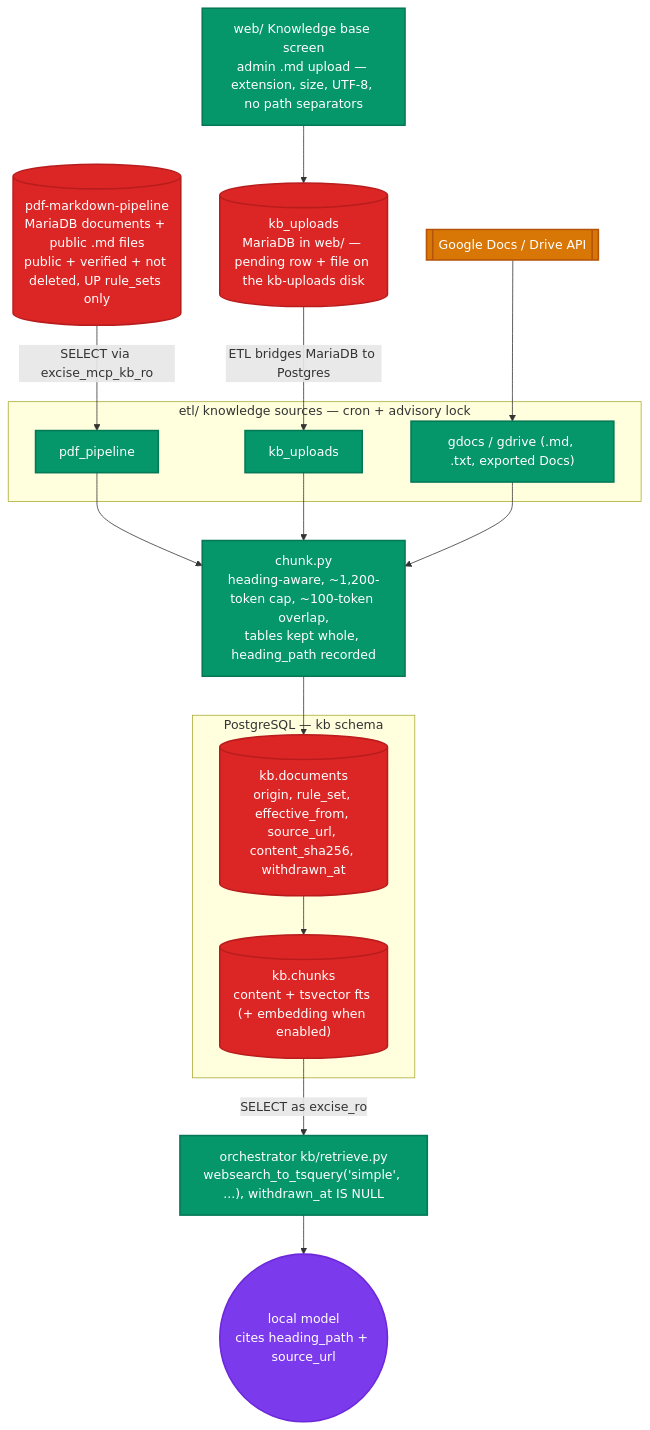
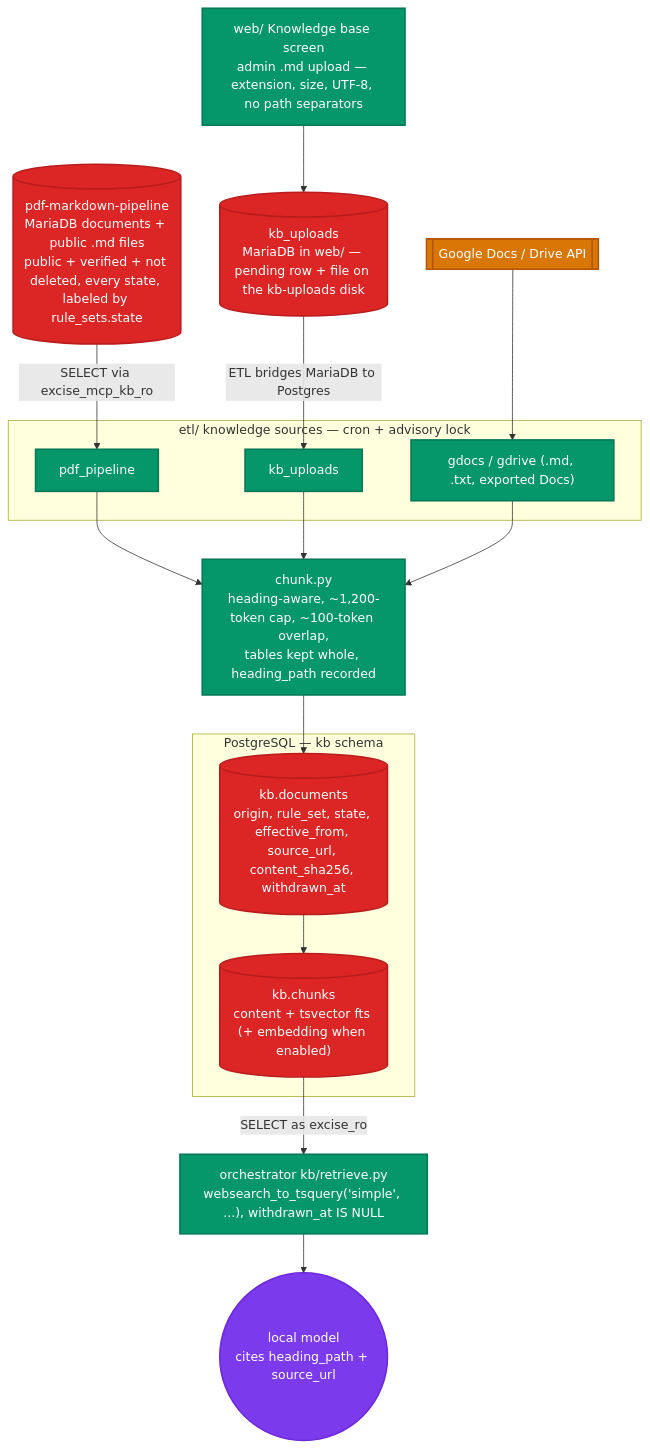
The second of 2 diagrams in DATA_PIPELINE.md (SubhanRaj/excise-mcp-dashboard), drawn with Mermaid before and after one commit. The commit also changed other lines of this file and 25 other files, not shown here.

````diff
--- a/DATA_PIPELINE.md
+++ b/DATA_PIPELINE.md
@@ -859,36 +885,36 @@
 ```mermaid
 flowchart TD
     classDef app fill:#059669,stroke:#047857,stroke-width:2px,color:#fff
     classDef db fill:#dc2626,stroke:#b91c1c,stroke-width:2px,color:#fff
     classDef edge fill:#d97706,stroke:#b45309,stroke-width:2px,color:#fff
     classDef ai fill:#7c3aed,stroke:#6d28d9,stroke-width:2px,color:#fff
 
-    PDFP[("pdf-markdown-pipeline<br/>MariaDB documents + public .md files<br/>public + verified + not deleted, UP rule_sets only")]:::db
+    PDFP[("pdf-markdown-pipeline<br/>MariaDB documents + public .md files<br/>public + verified + not deleted, every state, labeled by rule_sets.state")]:::db
     Upload["web/ Knowledge base screen<br/>admin .md upload — extension, size, UTF-8, no path separators"]:::app
     KBU[("kb_uploads<br/>MariaDB in web/ — pending row + file on the kb-uploads disk")]:::db
     GAPI[["Google Docs / Drive API"]]:::edge
 
     subgraph EtlKB["etl/ knowledge sources — cron + advisory lock"]
         PP["pdf_pipeline"]:::app
         KU["kb_uploads"]:::app
         GDoc["gdocs / gdrive (.md, .txt, exported Docs)"]:::app
     end
 
     Chunk["chunk.py<br/>heading-aware, ~1,200-token cap, ~100-token overlap,<br/>tables kept whole, heading_path recorded"]:::app
 
     subgraph Bank["PostgreSQL — kb schema"]
-        Docs[("kb.documents<br/>origin, rule_set, effective_from, source_url, content_sha256, withdrawn_at")]:::db
+        Docs[("kb.documents<br/>origin, rule_set, state, effective_from, source_url, content_sha256, withdrawn_at")]:::db
         Chunks[("kb.chunks<br/>content + tsvector fts (+ embedding when enabled)")]:::db
     end
 
     Retr["orchestrator kb/retrieve.py<br/>websearch_to_tsquery('simple', ...), withdrawn_at IS NULL"]:::app
     Model(("local model<br/>cites heading_path + source_url")):::ai
 
     PDFP -->|SELECT via excise_mcp_kb_ro| PP
     Upload --> KBU
     KBU -->|ETL bridges MariaDB to Postgres| KU
     GAPI --> GDoc
     PP & KU & GDoc --> Chunk
     Chunk --> Docs --> Chunks
     Chunks -->|SELECT as excise_ro| Retr --> Model
 ```
````
